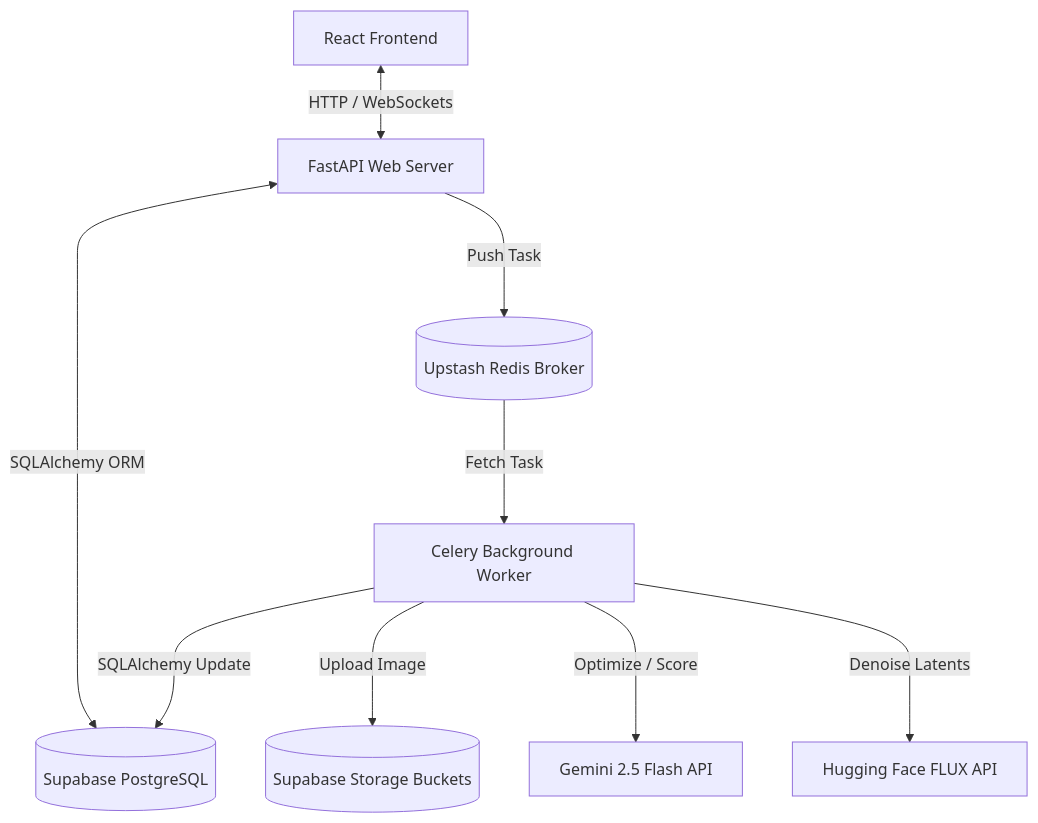
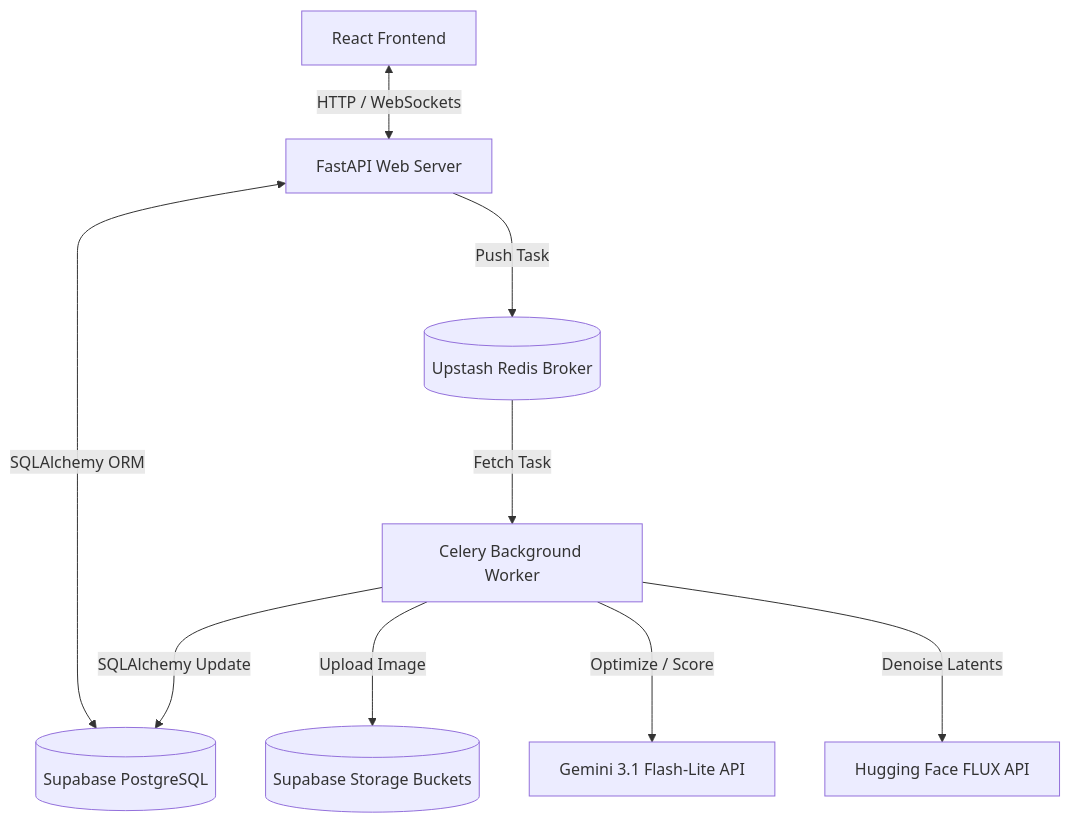
One commit to Megh2411/blueprint-studio-ai changed the first of 2 diagrams in architecture.md. Above: the diagram before and after it, drawn with Mermaid. The commit also changed 2 other files, not shown here.

Commit message:
docs: update all model references to Gemini 3.1 Flash-Lite and document 500 RPD rate limit

````diff
--- a/architecture.md
+++ b/architecture.md
@@ -14,11 +14,11 @@
 ```mermaid
 graph TD
     Client[React Frontend] <-->|HTTP / WebSockets| API[FastAPI Web Server]
     API <-->|SQLAlchemy ORM| DB[(Supabase PostgreSQL)]
     API --->|Push Task| Queue[(Upstash Redis Broker)]
     Queue --->|Fetch Task| Worker[Celery Background Worker]
     Worker --->|SQLAlchemy Update| DB
     Worker --->|Upload Image| Storage[(Supabase Storage Buckets)]
-    Worker --->|Optimize / Score| Gemini[Gemini 2.5 Flash API]
+    Worker --->|Optimize / Score| Gemini[Gemini 3.1 Flash-Lite API]
     Worker --->|Denoise Latents| HF[Hugging Face FLUX API]
 ```
````
